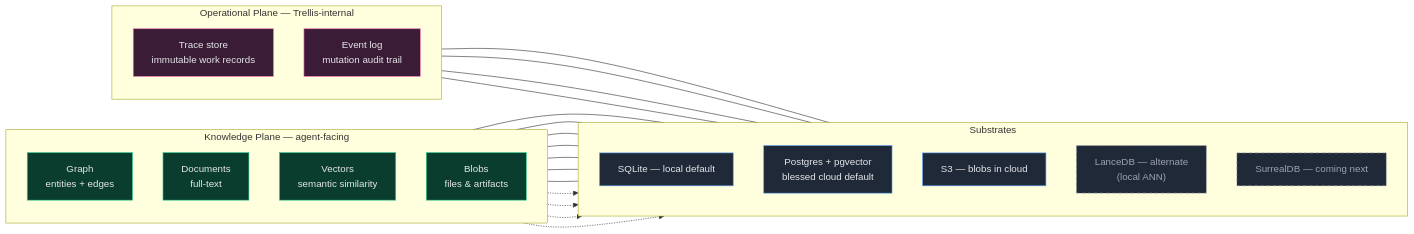
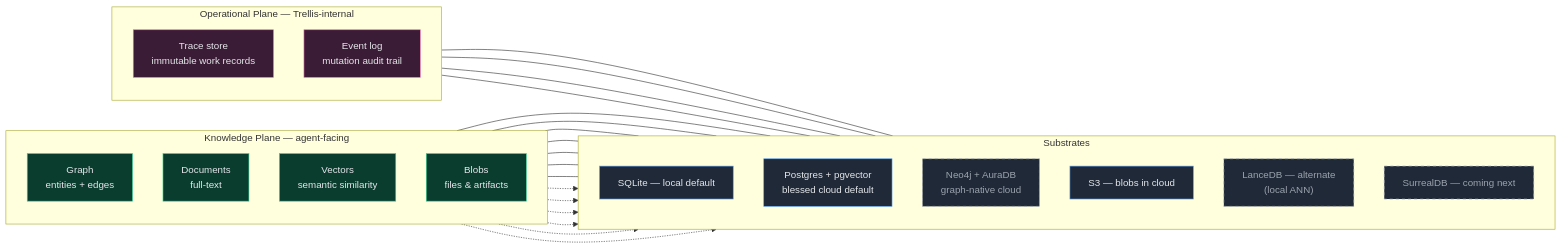
One commit to ronsse/trellis-ai changed the fifth of 5 diagrams in README.md. Above: the diagram before and after it, drawn with Mermaid. The commit also changed other lines of this file, not shown here.

First line of the commit message:
README: surface Neo4j as a first-class graph + vector backend

````diff
--- a/README.md
+++ b/README.md
@@ -280,50 +284,53 @@
 ```mermaid
 flowchart LR
     subgraph Knowledge["Knowledge Plane — agent-facing"]
         direction TB
         G["Graph<br/>entities + edges"]
         D["Documents<br/>full-text"]
         V["Vectors<br/>semantic similarity"]
         B["Blobs<br/>files & artifacts"]
     end
 
     subgraph Operational["Operational Plane — Trellis-internal"]
         direction TB
         TR["Trace store<br/>immutable work records"]
         EL["Event log<br/>mutation audit trail"]
     end
 
     subgraph Substrates["Substrates"]
         direction TB
         SQ["SQLite — local default"]
         PG["Postgres + pgvector<br/>blessed cloud default"]
+        N4["Neo4j + AuraDB<br/>graph-native cloud"]
         S3["S3 — blobs in cloud"]
         LA["LanceDB — alternate<br/>(local ANN)"]
         SD["SurrealDB — coming next"]
     end
 
     G --- SQ
     D --- SQ
     V --- SQ
     TR --- SQ
     EL --- SQ
     B --- SQ
     G --- PG
     D --- PG
     V --- PG
     TR --- PG
     EL --- PG
+    G -.-> N4
+    V -.-> N4
     B -.-> S3
     V -.-> LA
     G -.-> SD
     V -.-> SD
 
     classDef knowledge fill:#0b3d2e,stroke:#34d399,color:#e5e7eb;
     classDef ops fill:#3b1c36,stroke:#f472b6,color:#e5e7eb;
     classDef sub fill:#1f2937,stroke:#60a5fa,color:#e5e7eb;
     classDef alt fill:#1f2937,stroke:#9ca3af,color:#9ca3af,stroke-dasharray: 5 5;
     class G,D,V,B knowledge;
     class TR,EL ops;
     class SQ,PG,S3 sub;
-    class LA,SD alt;
+    class N4,LA,SD alt;
 ```
````
